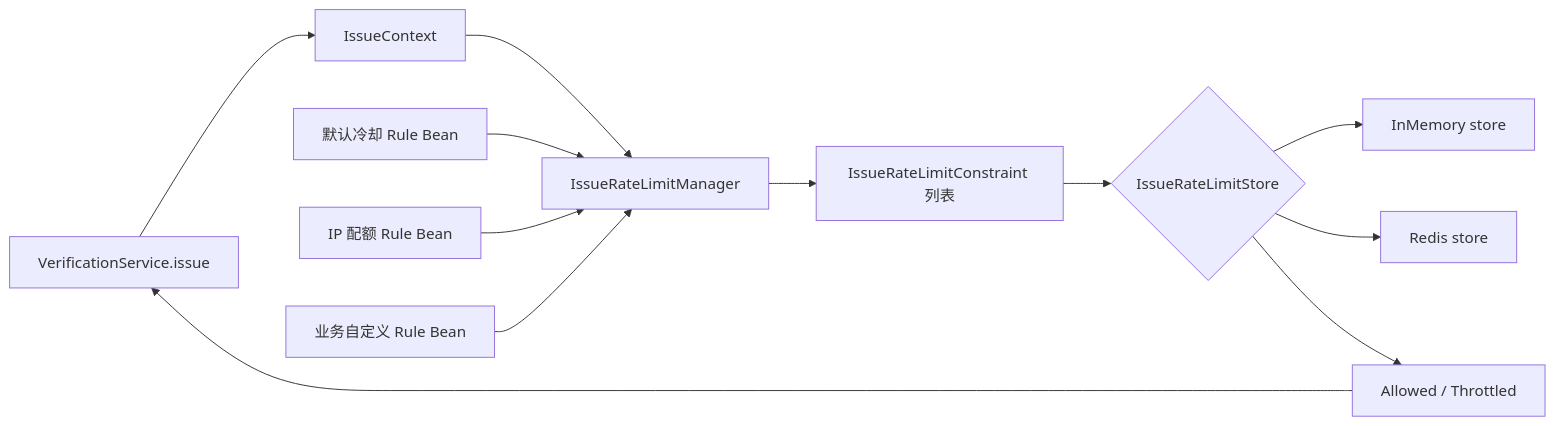
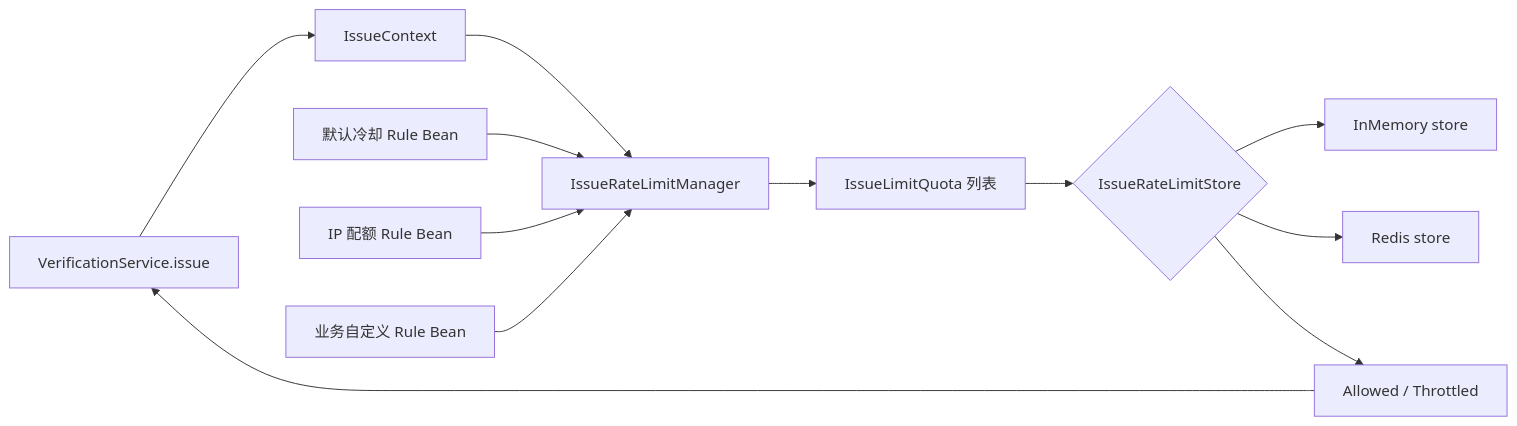
One commit to RingoTangs/ringo-boot changed the first of 2 diagrams in ringo-boot-core/src/main/java/io/github/ringotangs/ringoboot/verification/limit/README.md. Above: the diagram before and after it, drawn with Mermaid. The commit also changed other lines of this file and 12 other files, not shown here.

Commit message:
feat: Introduce IssueLimitQuota to replace IssueRateLimitConstraint and update related components

````diff
--- a/ringo-boot-core/src/main/java/io/github/ringotangs/ringoboot/verification/limit/README.md
+++ b/ringo-boot-core/src/main/java/io/github/ringotangs/ringoboot/verification/limit/README.md
@@ -10,14 +10,14 @@
 ```mermaid
 flowchart LR
     A[VerificationService.issue] --> B[IssueContext]
     B --> C[IssueRateLimitManager]
     R1[默认冷却 Rule Bean] --> C
     R2[IP 配额 Rule Bean] --> C
     R3[业务自定义 Rule Bean] --> C
-    C --> D[IssueRateLimitConstraint 列表]
+    C --> D[IssueLimitQuota 列表]
     D --> E{IssueRateLimitStore}
     E --> F[InMemory store]
     E --> G[Redis store]
     E --> H[Allowed / Throttled]
     H --> A
 ```
````
